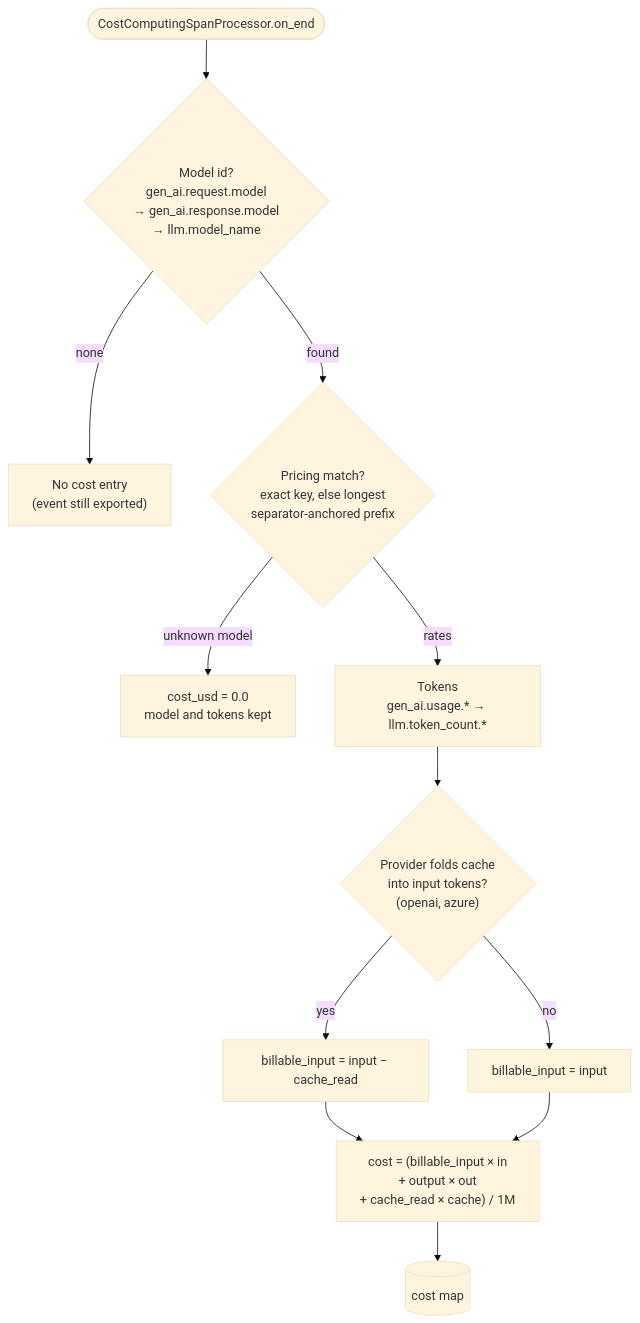
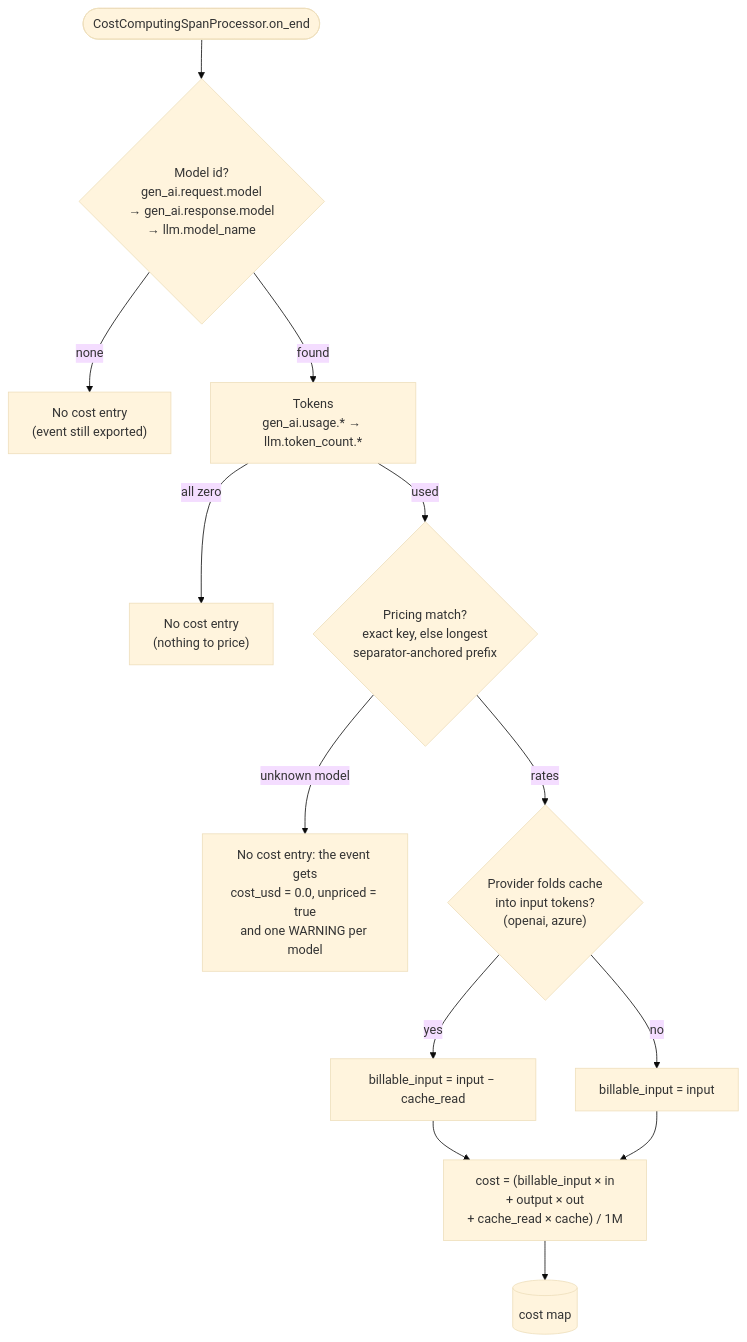
Before and after one commit to skarL007/-lumen-ai-sdk: the fourth of 5 diagrams in README.md, drawn with Mermaid (base theme). The commit also changed other lines of this file and 9 other files, not shown here.

First line of the commit message:
Flag unpriced events and update the price table (#19)

````diff
--- a/README.md
+++ b/README.md
@@ -220,13 +219,14 @@
 ```mermaid
 flowchart TD
     a(["CostComputingSpanProcessor.on_end"]) --> m{"Model id?<br/>gen_ai.request.model<br/>→ gen_ai.response.model<br/>→ llm.model_name"}
     m -- "none" --> skip1["No cost entry<br/>(event still exported)"]
-    m -- "found" --> price{"Pricing match?<br/>exact key, else longest<br/>separator-anchored prefix"}
-    price -- "unknown model" --> skip2["cost_usd = 0.0<br/>model and tokens kept"]
-    price -- "rates" --> tok["Tokens<br/>gen_ai.usage.* → llm.token_count.*"]
-    tok --> inc{"Provider folds cache<br/>into input tokens?<br/>(openai, azure)"}
+    m -- "found" --> tok["Tokens<br/>gen_ai.usage.* → llm.token_count.*"]
+    tok -- "all zero" --> skip0["No cost entry<br/>(nothing to price)"]
+    tok -- "used" --> price{"Pricing match?<br/>exact key, else longest<br/>separator-anchored prefix"}
+    price -- "unknown model" --> skip2["No cost entry: the event gets<br/>cost_usd = 0.0, unpriced = true<br/>and one WARNING per model"]
+    price -- "rates" --> inc{"Provider folds cache<br/>into input tokens?<br/>(openai, azure)"}
     inc -- "yes" --> sub["billable_input = input − cache_read"]
     inc -- "no" --> keep["billable_input = input"]
     sub & keep --> formula["cost = (billable_input × in<br/>+ output × out<br/>+ cache_read × cache) / 1M"]
     formula --> store[("cost map")]
 ```
````
